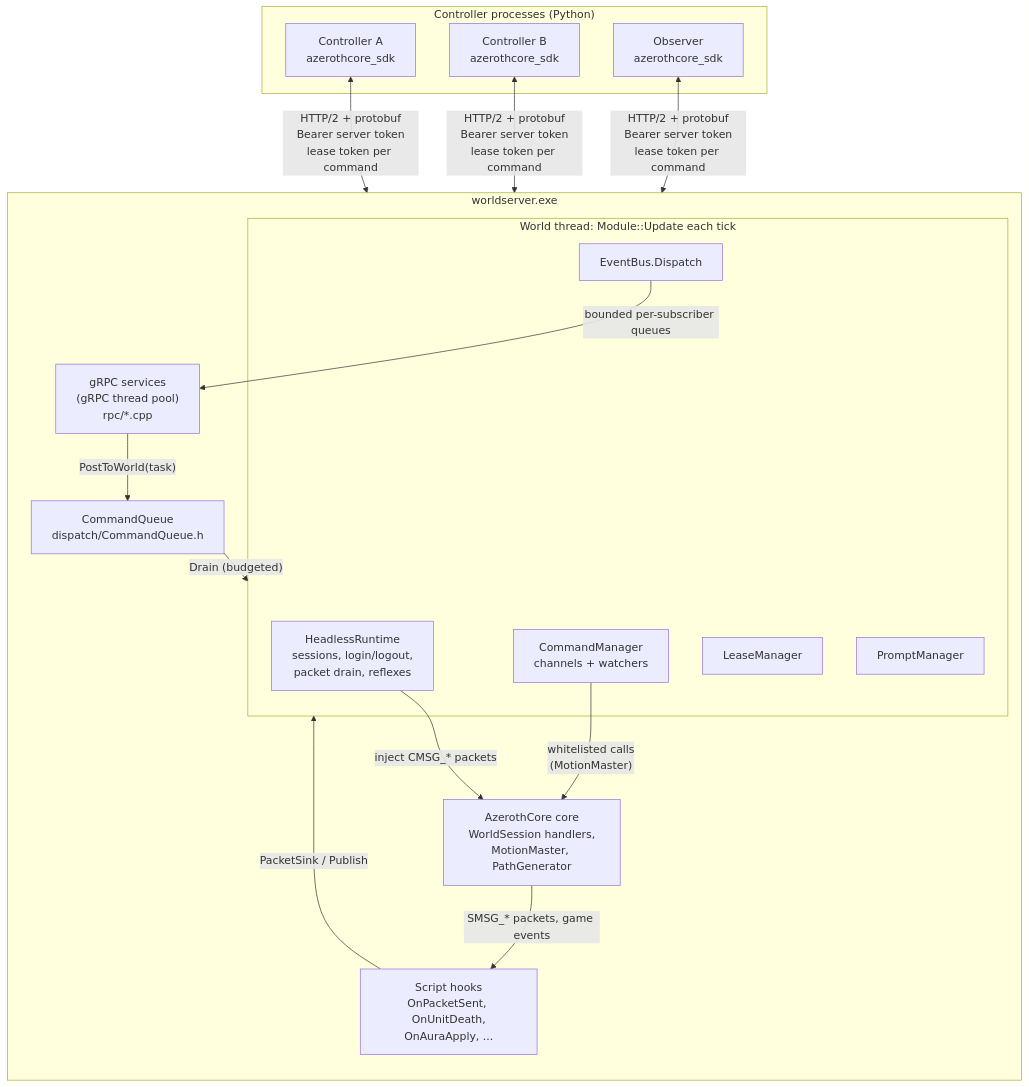
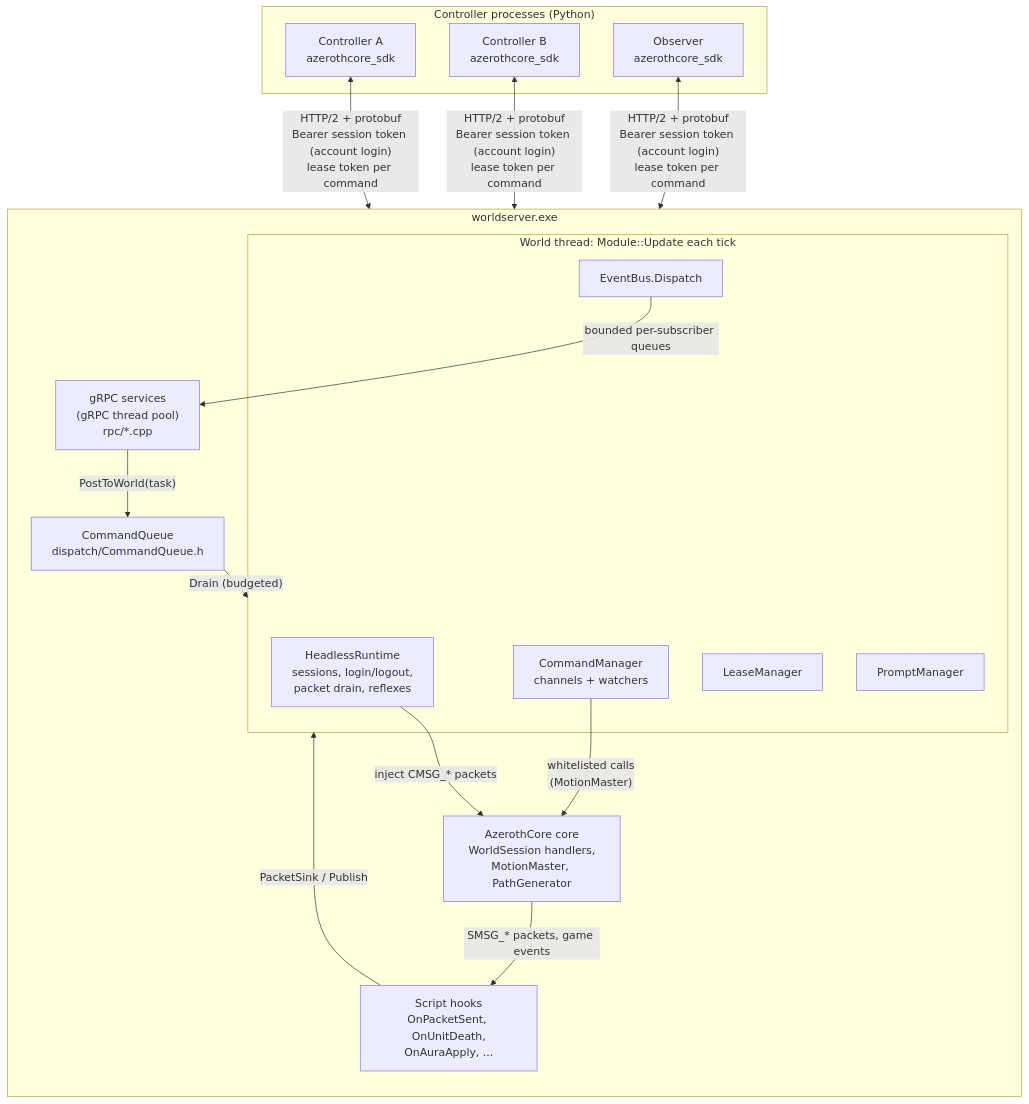
Before and after one commit to SimianJake/mod-acsdk: the first of 2 diagrams in docs/ARCHITECTURE.md, drawn with Mermaid. The commit also changed other lines of this file and 42 other files, not shown here.

````diff
--- a/docs/ARCHITECTURE.md
+++ b/docs/ARCHITECTURE.md
@@ -74,32 +74,32 @@
 ```mermaid
 flowchart TB
     subgraph Controllers["Controller processes (Python)"]
         A["Controller A<br/>azerothcore_sdk"]
         B["Controller B<br/>azerothcore_sdk"]
         O["Observer<br/>azerothcore_sdk"]
     end
 
     subgraph WS["worldserver.exe"]
         direction TB
         G["gRPC services<br/>(gRPC thread pool)<br/>rpc/*.cpp"]
         Q["CommandQueue<br/>dispatch/CommandQueue.h"]
         subgraph World["World thread: Module::Update each tick"]
             RT["HeadlessRuntime<br/>sessions, login/logout,<br/>packet drain, reflexes"]
             CM["CommandManager<br/>channels + watchers"]
             LM["LeaseManager"]
             PM["PromptManager"]
             EB["EventBus.Dispatch"]
         end
         AC["AzerothCore core<br/>WorldSession handlers,<br/>MotionMaster, PathGenerator"]
         HK["Script hooks<br/>OnPacketSent, OnUnitDeath,<br/>OnAuraApply, ..."]
     end
 
-    A & B & O <-->|"HTTP/2 + protobuf<br/>Bearer server token<br/>lease token per command"| G
+    A & B & O <-->|"HTTP/2 + protobuf<br/>Bearer session token (account login)<br/>lease token per command"| G
     G -->|"PostToWorld(task)"| Q
     Q -->|"Drain (budgeted)"| World
     RT -->|"inject CMSG_* packets"| AC
     CM -->|"whitelisted calls<br/>(MotionMaster)"| AC
     AC -->|"SMSG_* packets, game events"| HK
     HK -->|"PacketSink / Publish"| World
     EB -->|"bounded per-subscriber queues"| G
 ```
````
